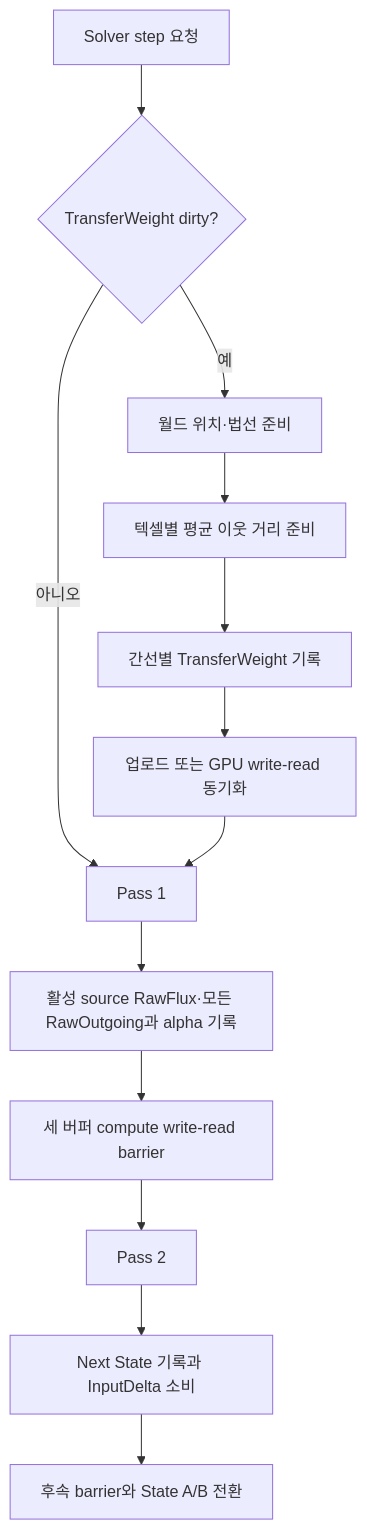
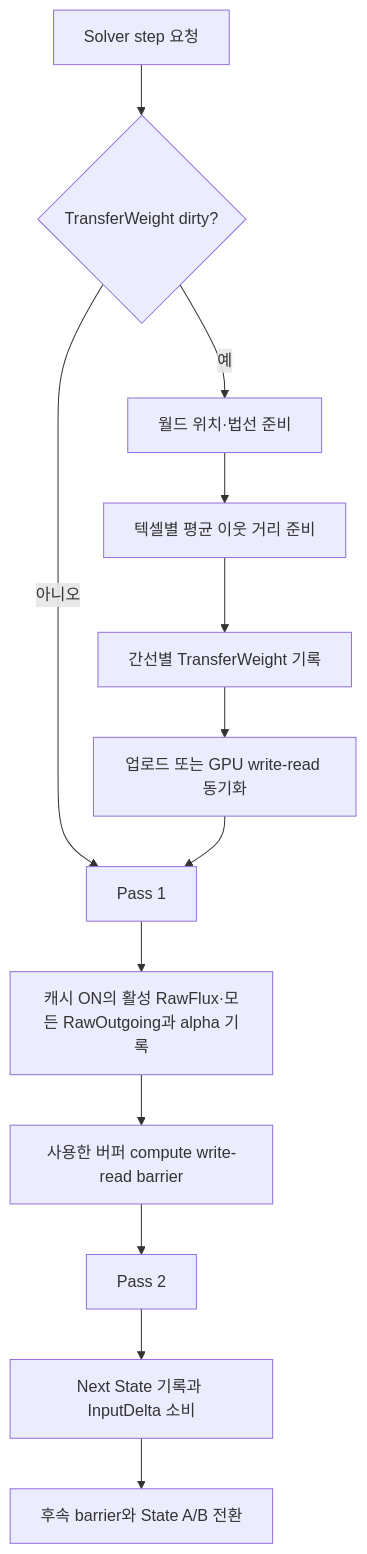
One commit to Yonaim/Material-Dependent-Surface-State-Engine changed the second of 2 diagrams in Docs/MDSSP-Vault/04_Architecture/0007_Surface-Solver-Cache.md. Above: the diagram before and after it, drawn with Mermaid. The commit also changed other lines of this file and 3 other files, not shown here.

````diff
--- a/Docs/MDSSP-Vault/04_Architecture/0007_Surface-Solver-Cache.md
+++ b/Docs/MDSSP-Vault/04_Architecture/0007_Surface-Solver-Cache.md
@@ -68,15 +84,15 @@
 ```mermaid
 flowchart TD
     Start[Solver step 요청] --> Dirty{TransferWeight dirty?}
     Dirty -->|예| World[월드 위치·법선 준비]
     World --> Mean[텍셀별 평균 이웃 거리 준비]
     Mean --> Edges[간선별 TransferWeight 기록]
     Edges --> Ready[업로드 또는 GPU write-read 동기화]
     Dirty -->|아니오| P1[Pass 1]
     Ready --> P1
-    P1 --> Store[활성 source RawFlux·모든 RawOutgoing과 alpha 기록]
-    Store --> Barrier[세 버퍼 compute write-read barrier]
+    P1 --> Store[캐시 ON의 활성 RawFlux·모든 RawOutgoing과 alpha 기록]
+    Store --> Barrier[사용한 버퍼 compute write-read barrier]
     Barrier --> P2[Pass 2]
     P2 --> Apply[Next State 기록과 InputDelta 소비]
     Apply --> Swap[후속 barrier와 State A/B 전환]
 ```
````
